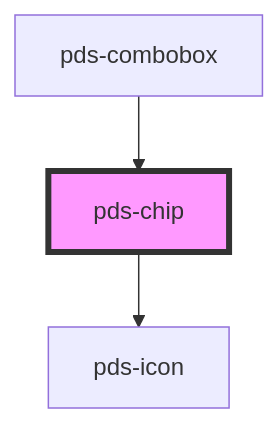
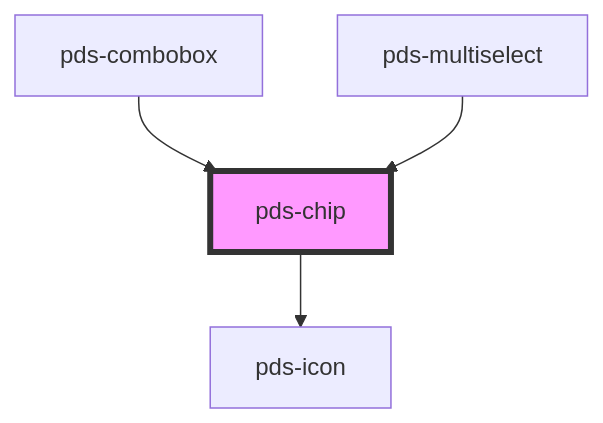
The diagram in libs/core/src/components/pds-chip/readme.md (Kajabi/pine), drawn with Mermaid before and after one commit. The commit also changed other lines of this file and 7 other files, not shown here.

First line of the commit message:
feat(pds-multiselect): add pills variant (#707)

````diff
--- a/libs/core/src/components/pds-chip/readme.md
+++ b/libs/core/src/components/pds-chip/readme.md
@@ -56,6 +57,7 @@
 ```mermaid
 graph TD;
   pds-chip --> pds-icon
   pds-combobox --> pds-chip
+  pds-multiselect --> pds-chip
   style pds-chip fill:#f9f,stroke:#333,stroke-width:4px
 ```
````
